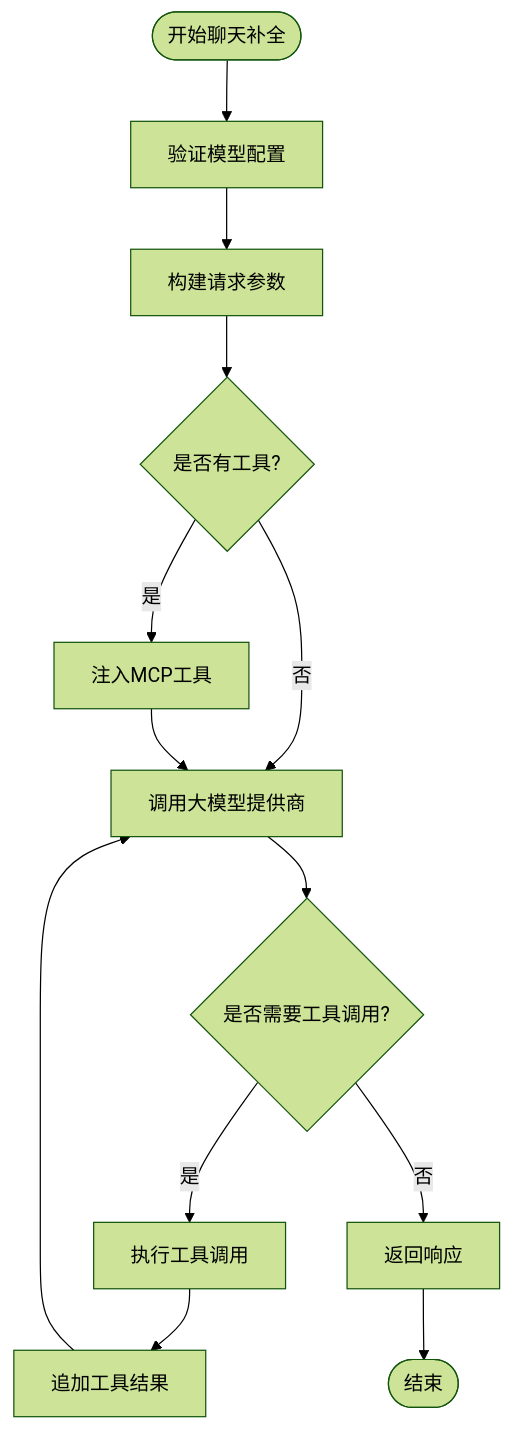
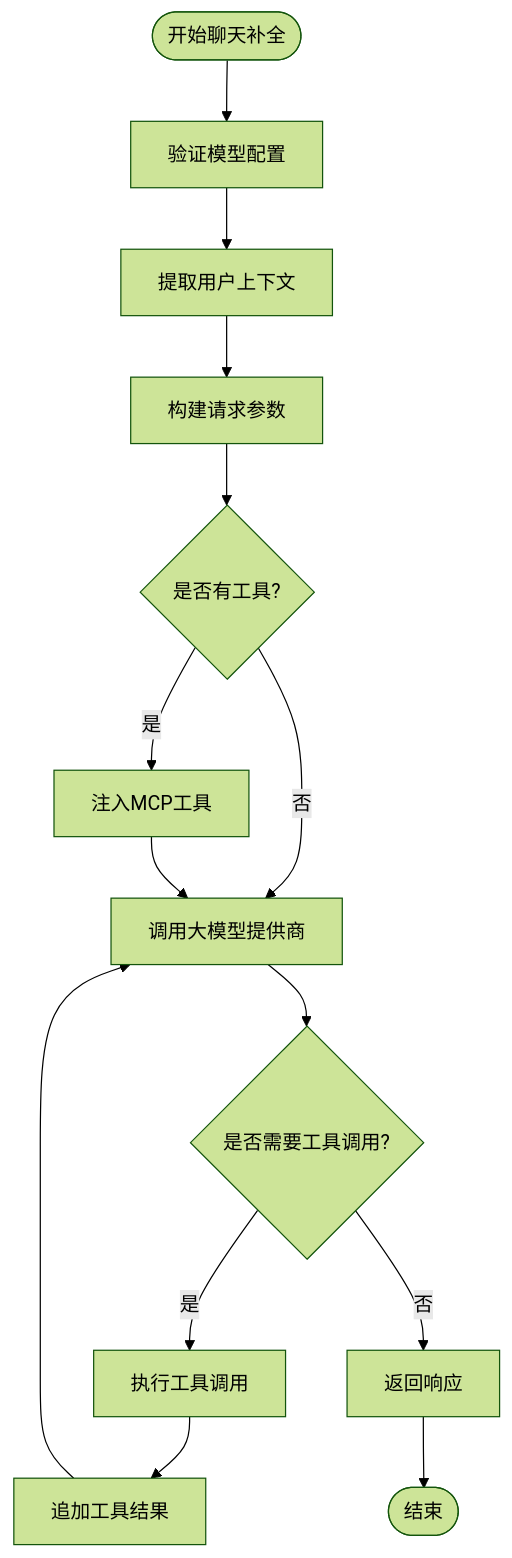
The fourth of 19 diagrams in .qoder/repowiki/zh/content/AI聊天服务迁移指南.md (maomao94/zero-service), drawn with Mermaid (forest theme) before and after one commit. The commit also changed other lines of this file and 58 other files, not shown here.

````diff
--- a/.qoder/repowiki/zh/content/AI聊天服务迁移指南.md
+++ b/.qoder/repowiki/zh/content/AI聊天服务迁移指南.md
@@ -239,15 +269,16 @@
 ```mermaid
 flowchart TD
 Start([开始聊天补全]) --> Validate[验证模型配置]
-Validate --> BuildReq[构建请求参数]
+Validate --> ExtractContext[提取用户上下文]
+ExtractContext --> BuildReq[构建请求参数]
 BuildReq --> InjectTools{是否有工具?}
 InjectTools --> |是| InjectMCP[注入MCP工具]
 InjectTools --> |否| CallProvider[调用大模型提供商]
 InjectMCP --> CallProvider
 CallProvider --> CheckTool{是否需要工具调用?}
 CheckTool --> |是| ExecuteTools[执行工具调用]
 CheckTool --> |否| ReturnResp[返回响应]
 ExecuteTools --> AppendMessages[追加工具结果]
 AppendMessages --> CallProvider
 ReturnResp --> End([结束])
 ```
````
